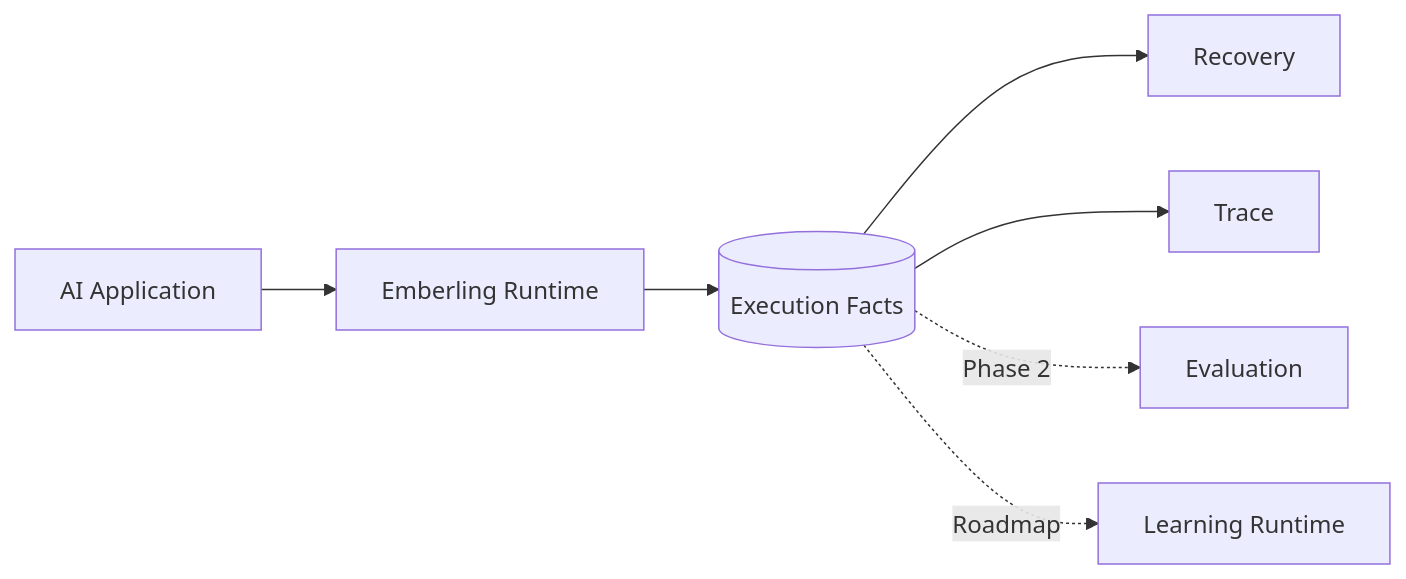
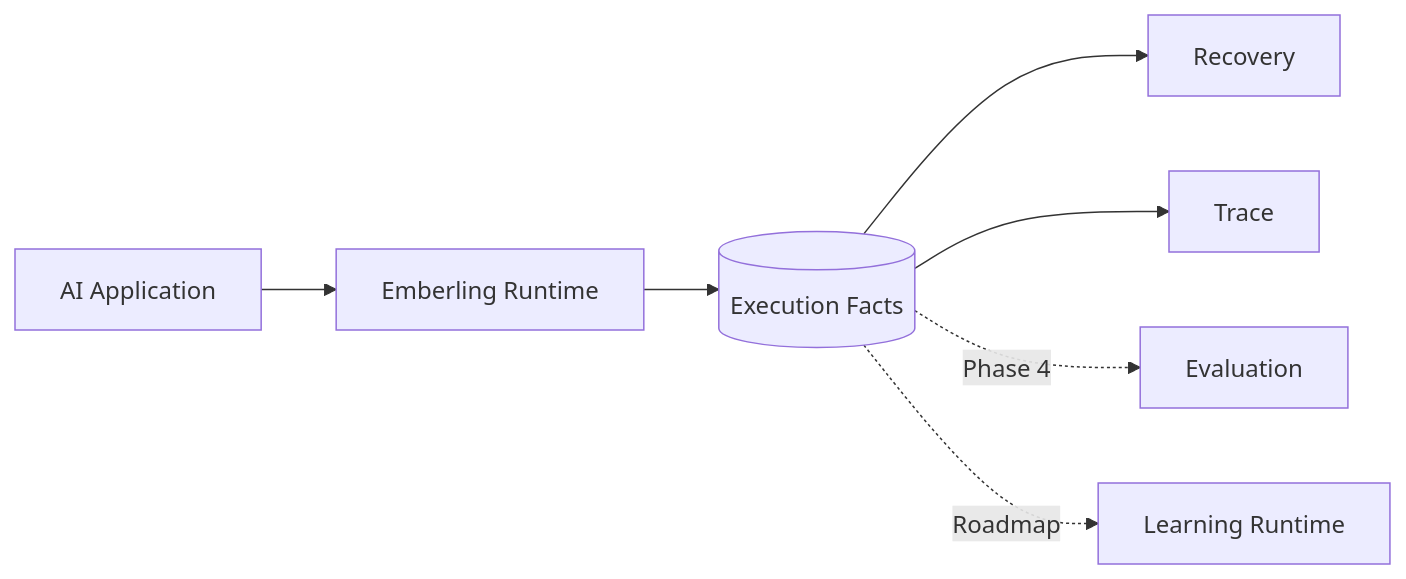
One commit to leungll/Emberling changed the first of 4 diagrams in README.md. Above: the diagram before and after it, drawn with Mermaid. The commit also changed other lines of this file and 268 other files, not shown here.

````diff
--- a/README.md
+++ b/README.md
@@ -30,10 +30,10 @@
 ```mermaid
 flowchart LR
     APP["AI Application"] --> RT["Emberling Runtime"]
     RT --> FACTS[("Execution Facts")]
 
     FACTS --> RECOVERY["Recovery"]
     FACTS --> TRACE["Trace"]
-    FACTS -. "Phase 2" .-> EVAL["Evaluation"]
+    FACTS -. "Phase 4" .-> EVAL["Evaluation"]
     FACTS -. "Roadmap" .-> LEARN["Learning Runtime"]
 ```
````
